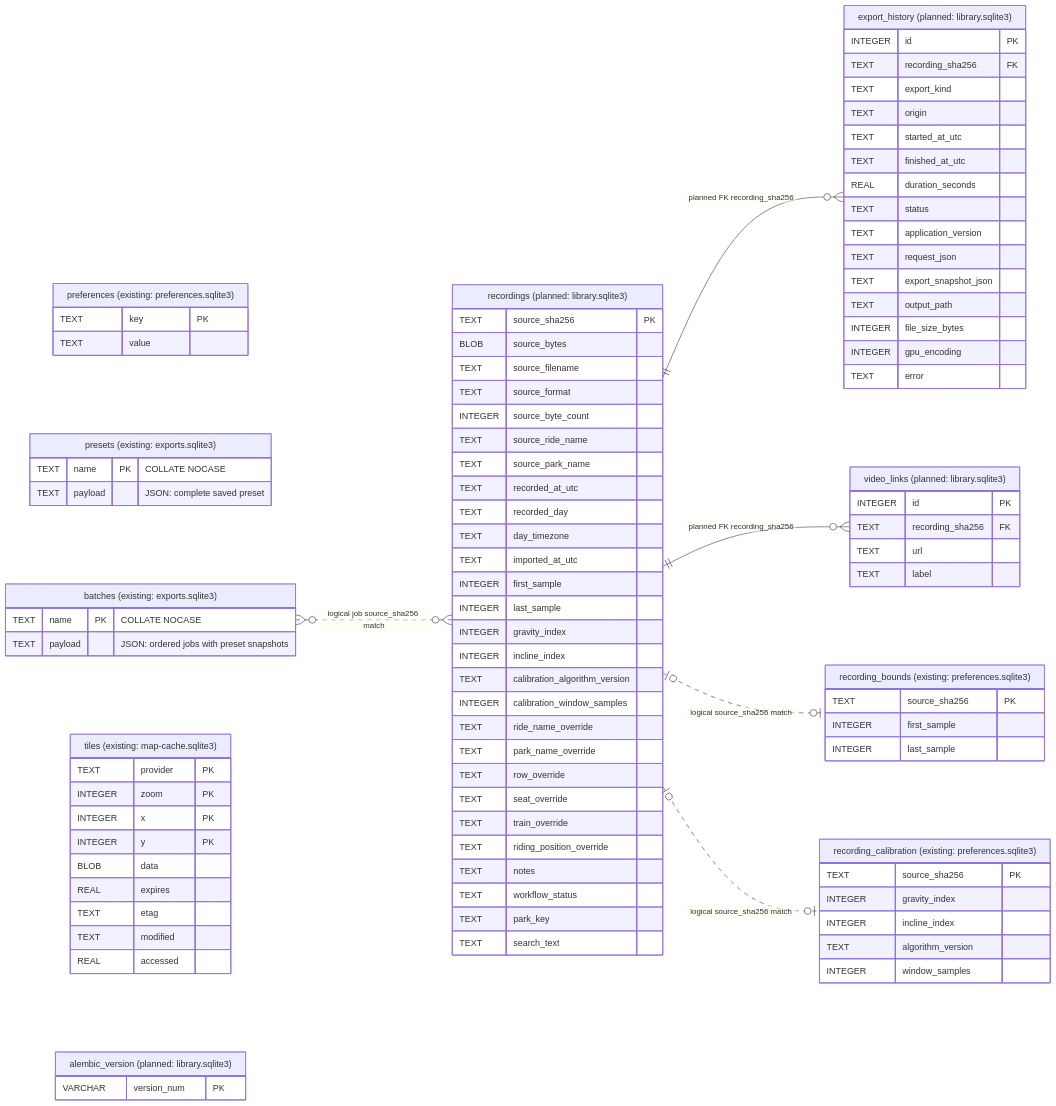
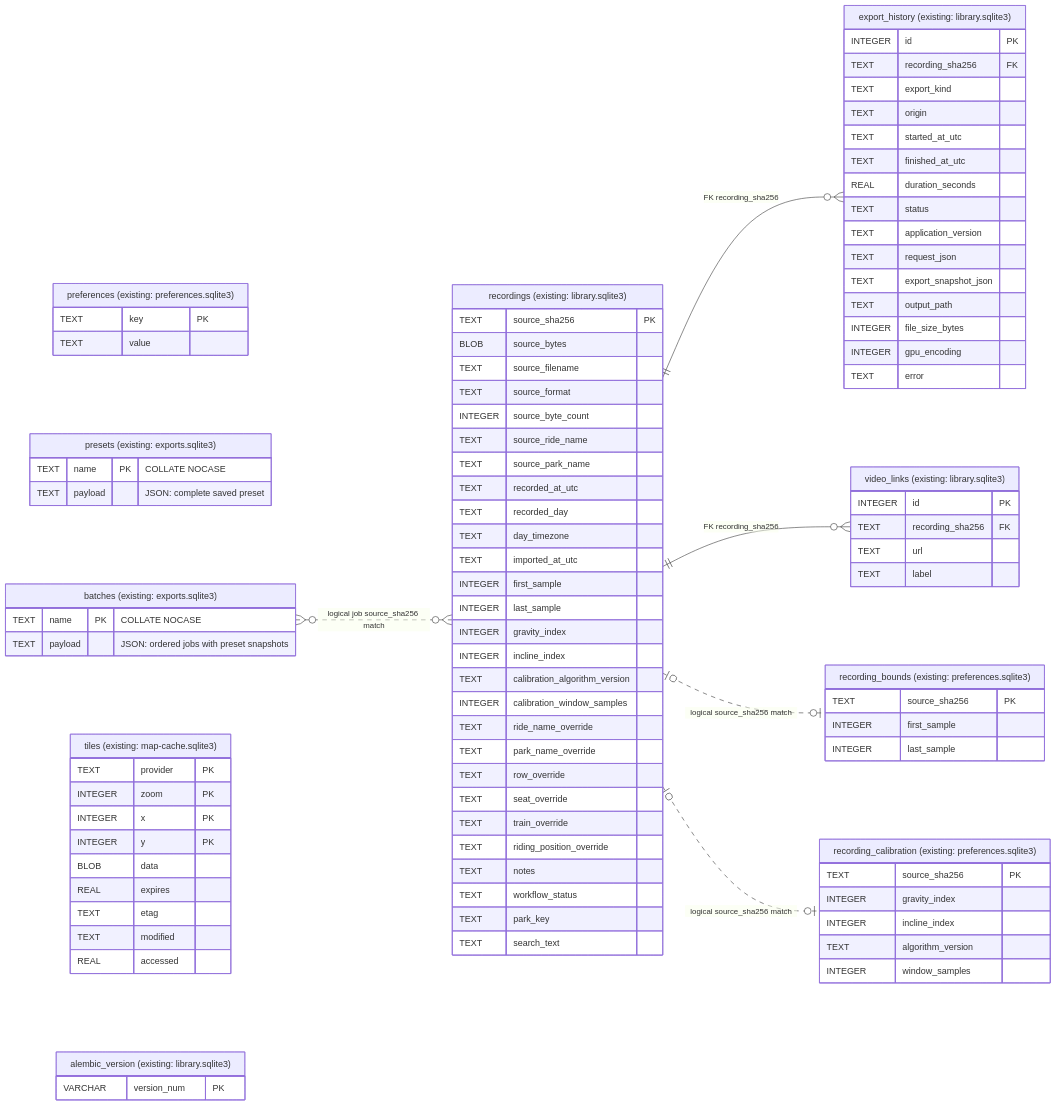
Before and after one commit to rudnerbjoern/ride-forces-analyzer: the diagram in docs/requirements/LIBRARY.md, drawn with Mermaid. The commit also changed other lines of this file and 21 other files, not shown here.

First line of the commit message:
:sparkles: feat(storage): initialize versioned library schema at startup

```diff
--- a/docs/requirements/LIBRARY.md
+++ b/docs/requirements/LIBRARY.md
@@ -286,7 +287,7 @@
         REAL accessed
     }
 
-    recordings["recordings (planned: library.sqlite3)"] {
+    recordings["recordings (existing: library.sqlite3)"] {
         TEXT source_sha256 PK
         BLOB source_bytes
         TEXT source_filename
@@ -316,7 +317,7 @@
         TEXT search_text
     }
 
-    export_history["export_history (planned: library.sqlite3)"] {
+    export_history["export_history (existing: library.sqlite3)"] {
         INTEGER id PK
         TEXT recording_sha256 FK
         TEXT export_kind
@@ -334,19 +335,19 @@
         TEXT error
     }
 
-    alembic_version["alembic_version (planned: library.sqlite3)"] {
+    alembic_version["alembic_version (existing: library.sqlite3)"] {
         VARCHAR version_num PK
     }
 
-    video_links["video_links (planned: library.sqlite3)"] {
+    video_links["video_links (existing: library.sqlite3)"] {
         INTEGER id PK
         TEXT recording_sha256 FK
         TEXT url
         TEXT label
     }
 
-    recordings ||--o{ export_history : "planned FK recording_sha256"
-    recordings ||--o{ video_links : "planned FK recording_sha256"
+    recordings ||--o{ export_history : "FK recording_sha256"
+    recordings ||--o{ video_links : "FK recording_sha256"
     recordings |o..o| recording_bounds : "logical source_sha256 match"
     recordings |o..o| recording_calibration : "logical source_sha256 match"
     batches }o..o{ recordings : "logical job source_sha256 match"
```
